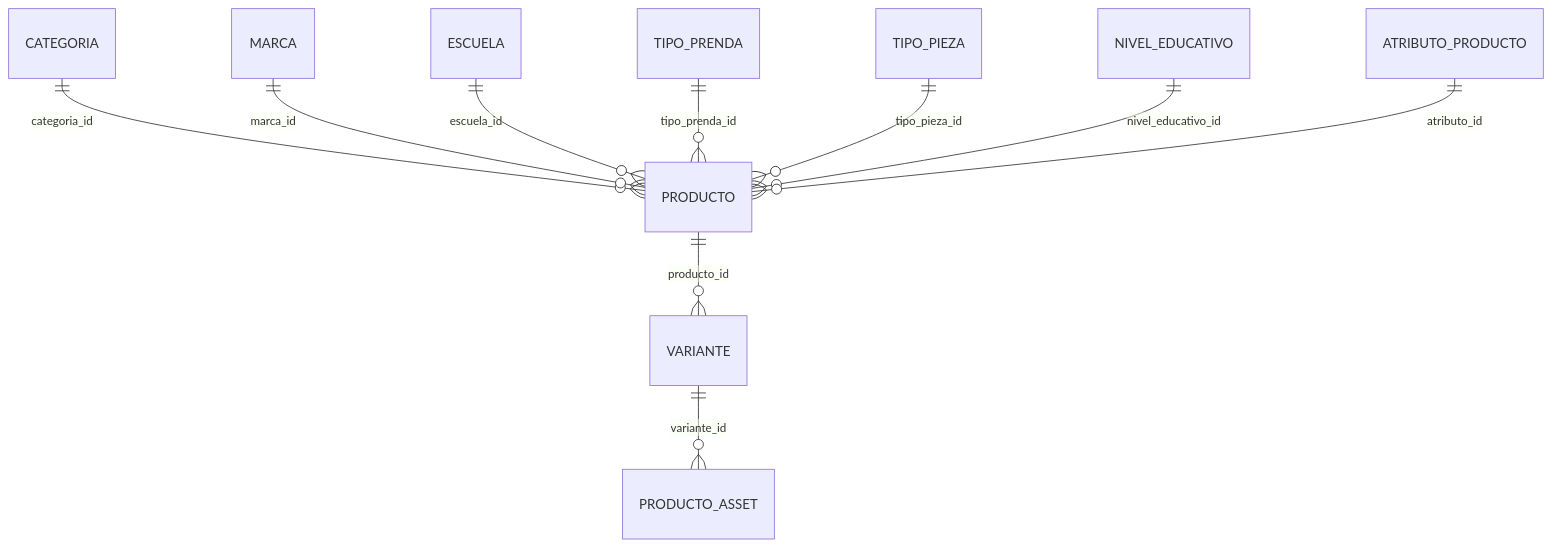
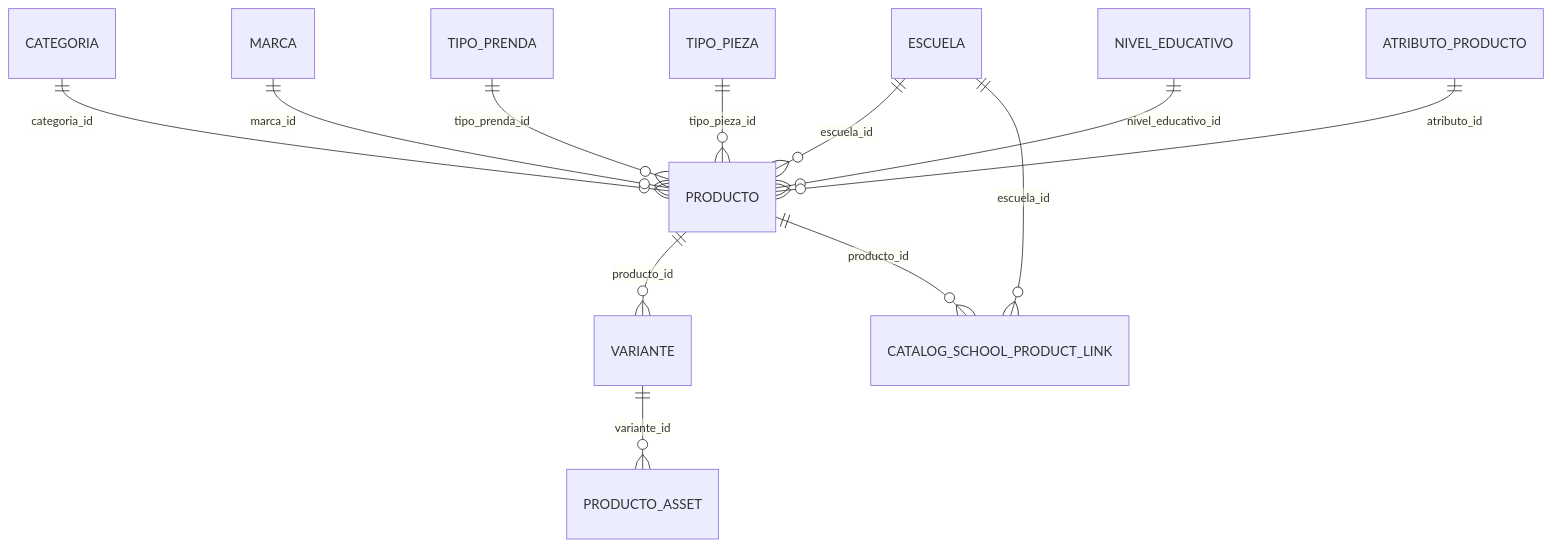
One commit to DMXFabian1/pos_uniformes changed the second of 6 diagrams in pos_uniformes/docs/diagrama_base_datos_actual.md. Above: the diagram before and after it, drawn with Mermaid. The commit also changed other lines of this file and 3 other files, not shown here.

````diff
--- a/pos_uniformes/docs/diagrama_base_datos_actual.md
+++ b/pos_uniformes/docs/diagrama_base_datos_actual.md
@@ -121,12 +149,14 @@
 ```mermaid
 erDiagram
     CATEGORIA ||--o{ PRODUCTO : categoria_id
     MARCA ||--o{ PRODUCTO : marca_id
     ESCUELA ||--o{ PRODUCTO : escuela_id
     TIPO_PRENDA ||--o{ PRODUCTO : tipo_prenda_id
     TIPO_PIEZA ||--o{ PRODUCTO : tipo_pieza_id
     NIVEL_EDUCATIVO ||--o{ PRODUCTO : nivel_educativo_id
     ATRIBUTO_PRODUCTO ||--o{ PRODUCTO : atributo_id
     PRODUCTO ||--o{ VARIANTE : producto_id
     VARIANTE ||--o{ PRODUCTO_ASSET : variante_id
+    ESCUELA ||--o{ CATALOG_SCHOOL_PRODUCT_LINK : escuela_id
+    PRODUCTO ||--o{ CATALOG_SCHOOL_PRODUCT_LINK : producto_id
 ```
````
